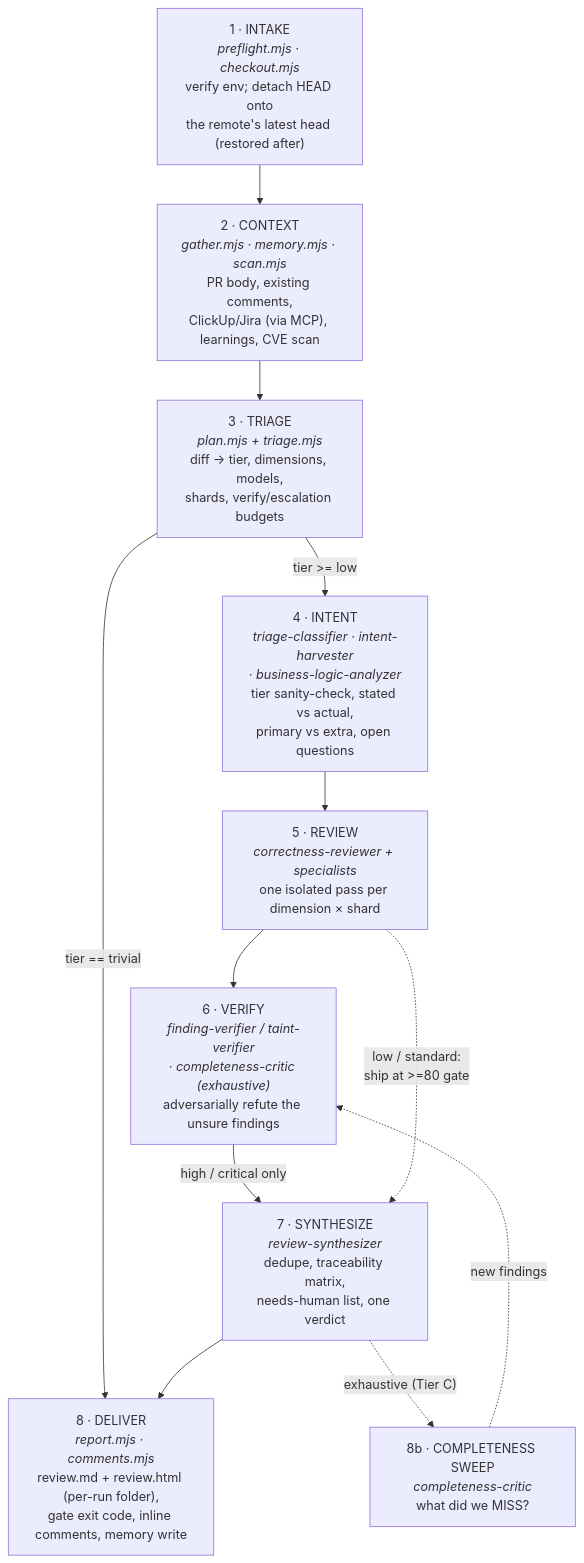
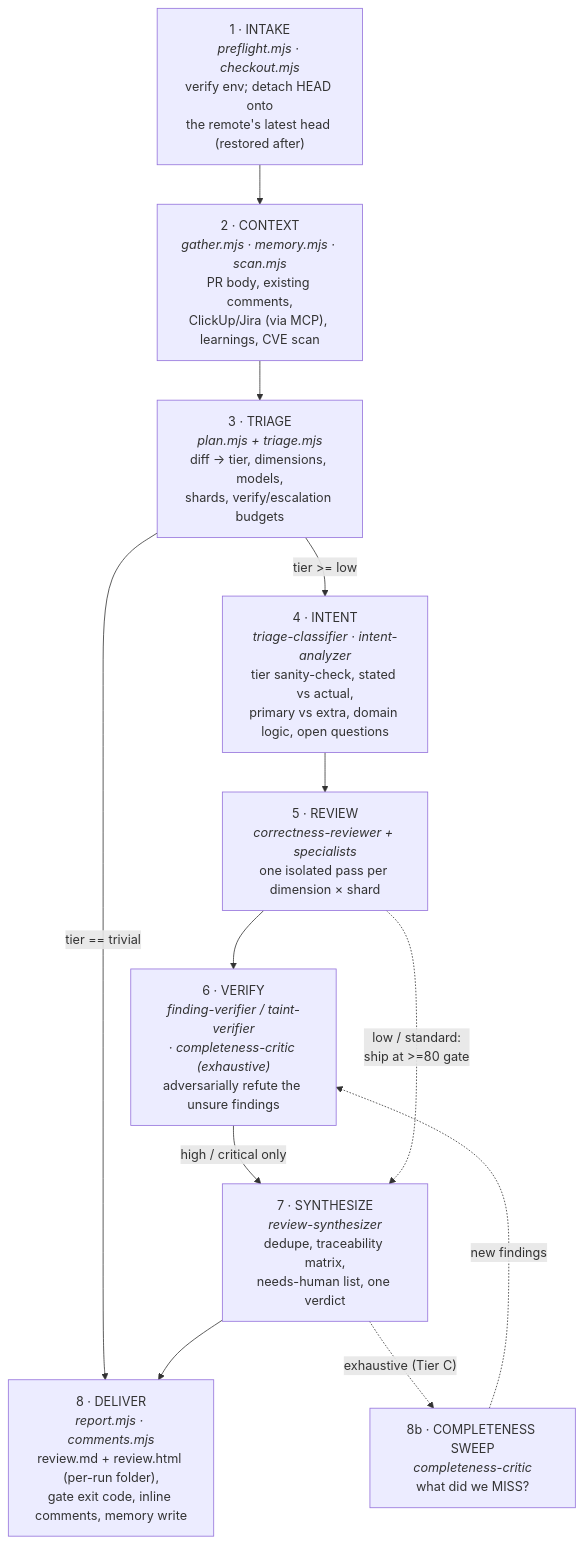
One commit to Tahmid12Khan/agentic-workflows changed the second of 8 diagrams in docs/ARCHITECTURE.md. Above: the diagram before and after it, drawn with Mermaid. The commit also changed other lines of this file and 13 other files, not shown here.

````diff
--- a/docs/ARCHITECTURE.md
+++ b/docs/ARCHITECTURE.md
@@ -61,20 +61,20 @@
 ```mermaid
 flowchart TD
   A["1 · INTAKE<br/><i>preflight.mjs · checkout.mjs</i><br/>verify env; detach HEAD onto<br/>the remote's latest head (restored after)"]
   B["2 · CONTEXT<br/><i>gather.mjs · memory.mjs · scan.mjs</i><br/>PR body, existing comments,<br/>ClickUp/Jira (via MCP), learnings, CVE scan"]
   C["3 · TRIAGE<br/><i>plan.mjs + triage.mjs</i><br/>diff → tier, dimensions, models,<br/>shards, verify/escalation budgets"]
-  D["4 · INTENT<br/><i>triage-classifier · intent-harvester<br/>· business-logic-analyzer</i><br/>tier sanity-check, stated vs actual,<br/>primary vs extra, open questions"]
+  D["4 · INTENT<br/><i>triage-classifier · intent-analyzer</i><br/>tier sanity-check, stated vs actual,<br/>primary vs extra, domain logic, open questions"]
   E["5 · REVIEW<br/><i>correctness-reviewer + specialists</i><br/>one isolated pass per dimension × shard"]
   F["6 · VERIFY<br/><i>finding-verifier / taint-verifier<br/>· completeness-critic (exhaustive)</i><br/>adversarially refute the unsure findings"]
   G["7 · SYNTHESIZE<br/><i>review-synthesizer</i><br/>dedupe, traceability matrix,<br/>needs-human list, one verdict"]
   H["8 · DELIVER<br/><i>report.mjs · comments.mjs</i><br/>review.md + review.html (per-run folder),<br/>gate exit code, inline comments, memory write"]
 
   A --> B --> C
   C -->|"tier == trivial"| H
   C -->|"tier >= low"| D --> E --> F
   F -->|"high / critical only"| G
   E -.->|"low / standard:<br/>ship at >=80 gate"| G
   G --> H
   G -.->|"exhaustive (Tier C)"| X["8b · COMPLETENESS SWEEP<br/><i>completeness-critic</i><br/>what did we MISS?"]
   X -.->|new findings| F
 ```
````
